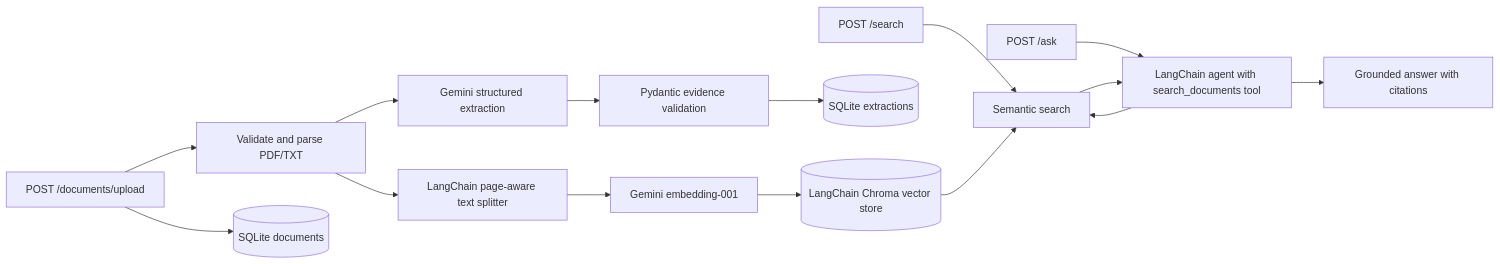
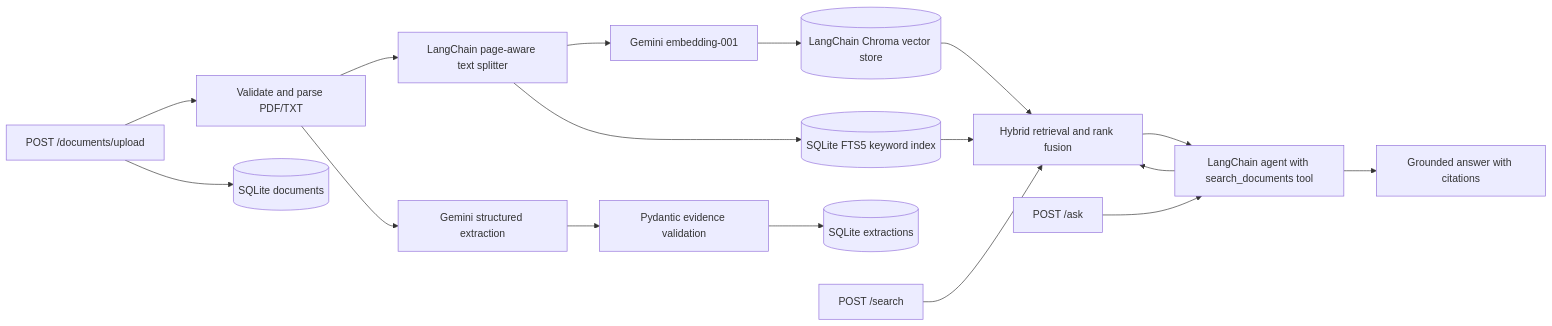
The diagram in README.md (Bansal0527/live2-rag), drawn with Mermaid before and after one commit. The commit also changed other lines of this file and 7 other files, not shown here.

Commit message:
Add hybrid keyword and semantic search

````diff
--- a/README.md
+++ b/README.md
@@ -7,17 +7,19 @@
 ```mermaid
 flowchart LR
   Upload[POST /documents/upload] --> Validate[Validate and parse PDF/TXT]
   Validate --> Pages[LangChain page-aware text splitter]
   Pages --> Embed[Gemini embedding-001]
   Embed --> Chroma[(LangChain Chroma vector store)]
+  Pages --> FTS[(SQLite FTS5 keyword index)]
   Validate --> Extract[Gemini structured extraction]
   Extract --> Pydantic[Pydantic evidence validation]
   Pydantic --> SQLite[(SQLite extractions)]
   Upload --> SQLiteMeta[(SQLite documents)]
-  Search[POST /search] --> Retrieve[Semantic search]
+  Search[POST /search] --> Retrieve[Hybrid retrieval and rank fusion]
   Ask[POST /ask] --> Agent[LangChain agent with search_documents tool]
   Chroma --> Retrieve
+  FTS --> Retrieve
   Agent --> Retrieve
   Retrieve --> Agent
   Agent --> Answer[Grounded answer with citations]
 ```
````
